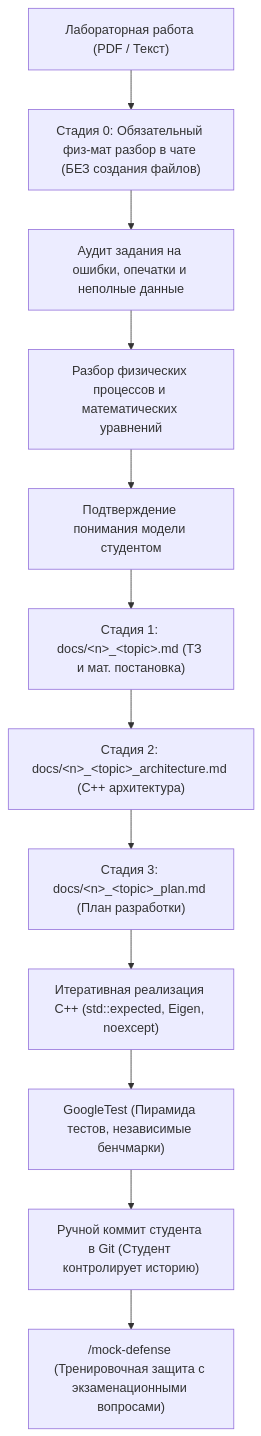
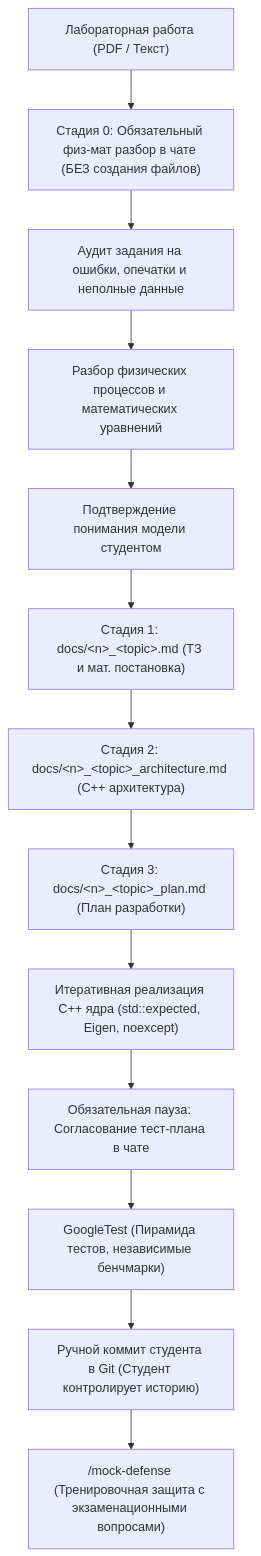
One commit to BugFix-develop/hydraulics-brainstorm changed the diagram in README.md. Above: the diagram before and after it, drawn with Mermaid. The commit also changed other lines of this file and 4 other files, not shown here.

Commit message:
feat: enforce mandatory test strategy discussion pause before GoogleTest implementation

````diff
--- a/README.md
+++ b/README.md
@@ -306,14 +306,15 @@
 ```mermaid
 flowchart TD
     A["Лабораторная работа (PDF / Текст)"] --> B["Стадия 0: Обязательный физ-мат разбор в чате (БЕЗ создания файлов)"]
     B --> B1["Аудит задания на ошибки, опечатки и неполные данные"]
     B1 --> B2["Разбор физических процессов и математических уравнений"]
     B2 --> B3["Подтверждение понимания модели студентом"]
     B3 --> C["Стадия 1: docs/&lt;n&gt;_&lt;topic&gt;.md (ТЗ и мат. постановка)"]
     C --> D["Стадия 2: docs/&lt;n&gt;_&lt;topic&gt;_architecture.md (C++ архитектура)"]
     D --> E["Стадия 3: docs/&lt;n&gt;_&lt;topic&gt;_plan.md (План разработки)"]
-    E --> F["Итеративная реализация C++ (std::expected, Eigen, noexcept)"]
-    F --> G["GoogleTest (Пирамида тестов, независимые бенчмарки)"]
+    E --> F["Итеративная реализация C++ ядра (std::expected, Eigen, noexcept)"]
+    F --> F1["Обязательная пауза: Согласование тест-плана в чате"]
+    F1 --> G["GoogleTest (Пирамида тестов, независимые бенчмарки)"]
     G --> H["Ручной коммит студента в Git (Студент контролирует историю)"]
     H --> I["/mock-defense (Тренировочная защита с экзаменационными вопросами)"]
 ```
````
